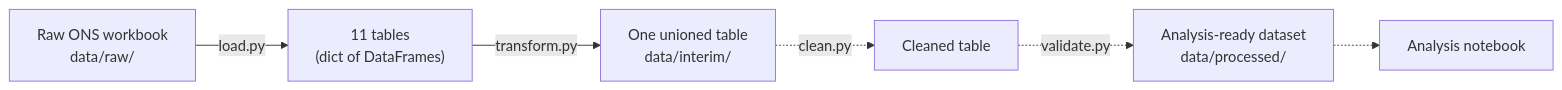
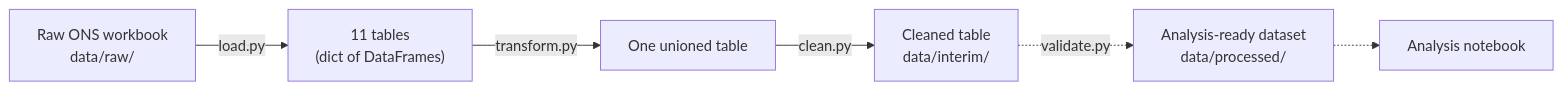
One commit to TamsinHuggins/ons-data changed the diagram in README.md. Above: the diagram before and after it, drawn with Mermaid. The commit also changed other lines of this file and 1 other file, not shown here.

````diff
--- a/README.md
+++ b/README.md
@@ -97,8 +97,8 @@
 ```mermaid
 flowchart LR
     A["Raw ONS workbook<br/>data/raw/"] -->|load.py| B["11 tables<br/>(dict of DataFrames)"]
-    B -->|transform.py| C["One unioned table<br/>data/interim/"]
-    C -.->|clean.py| D["Cleaned table"]
+    B -->|transform.py| C["One unioned table"]
+    C -->|clean.py| D["Cleaned table<br/>data/interim/"]
     D -.->|validate.py| E["Analysis-ready dataset<br/>data/processed/"]
     E -.-> F["Analysis notebook"]
 ```
````
